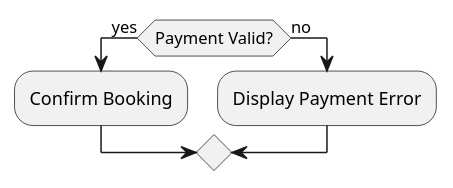
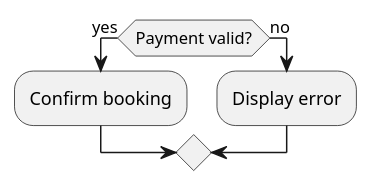
The diagram in skills/uml-diagrams/references/activity-rules.md (mblauberg/agent-harness), drawn with PlantUML before and after one commit. The commit also changed other lines of this file and 198 other files, not shown here.

````diff
--- a/skills/uml-diagrams/references/activity-rules.md
+++ b/skills/uml-diagrams/references/activity-rules.md
@@ -51,7 +22,7 @@
 ```plantuml
-if (Payment Valid?) then (yes)
-  :Confirm Booking;
+if (Payment valid?) then (yes)
+  :Confirm booking;
 else (no)
-  :Display Payment Error;
+  :Display error;
 endif
 ```
````
